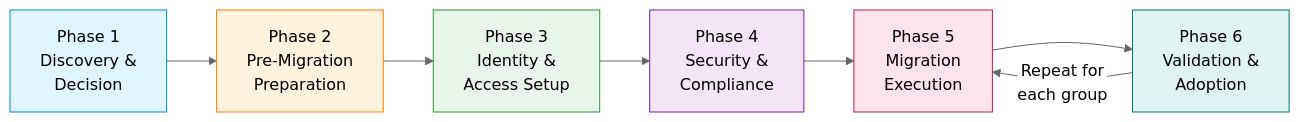
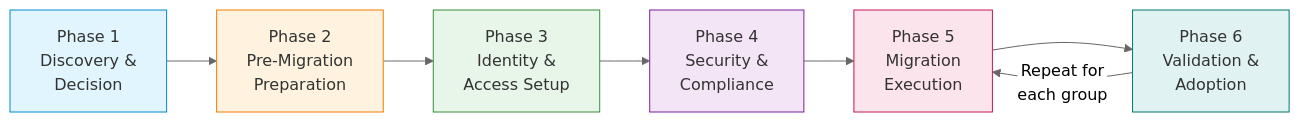
One commit to jmassardo/jmassardo.github.io changed the first of 11 diagrams in _posts/2026-01-14-migrating-to-github-enterprise-managed-users.md. Above: the diagram before and after it, drawn with Mermaid (neutral theme). The commit also changed other lines of this file and 12 other files, not shown here.

````diff
--- a/_posts/2026-01-14-migrating-to-github-enterprise-managed-users.md
+++ b/_posts/2026-01-14-migrating-to-github-enterprise-managed-users.md
@@ -18,16 +18,16 @@
 ```mermaid
 flowchart LR
     P1["Phase 1\nDiscovery &\nDecision"] --> P2["Phase 2\nPre-Migration\nPreparation"]
     P2 --> P3["Phase 3\nIdentity &\nAccess Setup"]
     P3 --> P4["Phase 4\nSecurity &\nCompliance"]
     P4 --> P5["Phase 5\nMigration\nExecution"]
     P5 --> P6["Phase 6\nValidation &\nAdoption"]
     P6 -->|"Repeat for\neach group"| P5
     
-    style P1 fill:#e1f5fe,stroke:#0288d1
-    style P2 fill:#fff3e0,stroke:#f57c00
-    style P3 fill:#e8f5e9,stroke:#388e3c
-    style P4 fill:#f3e5f5,stroke:#7b1fa2
-    style P5 fill:#fce4ec,stroke:#c2185b
-    style P6 fill:#e0f2f1,stroke:#00796b
+    style P1 fill:#e1f5fe,stroke:#0288d1,color:#333
+    style P2 fill:#fff3e0,stroke:#f57c00,color:#333
+    style P3 fill:#e8f5e9,stroke:#388e3c,color:#333
+    style P4 fill:#f3e5f5,stroke:#7b1fa2,color:#333
+    style P5 fill:#fce4ec,stroke:#c2185b,color:#333
+    style P6 fill:#e0f2f1,stroke:#00796b,color:#333
 ```
````
